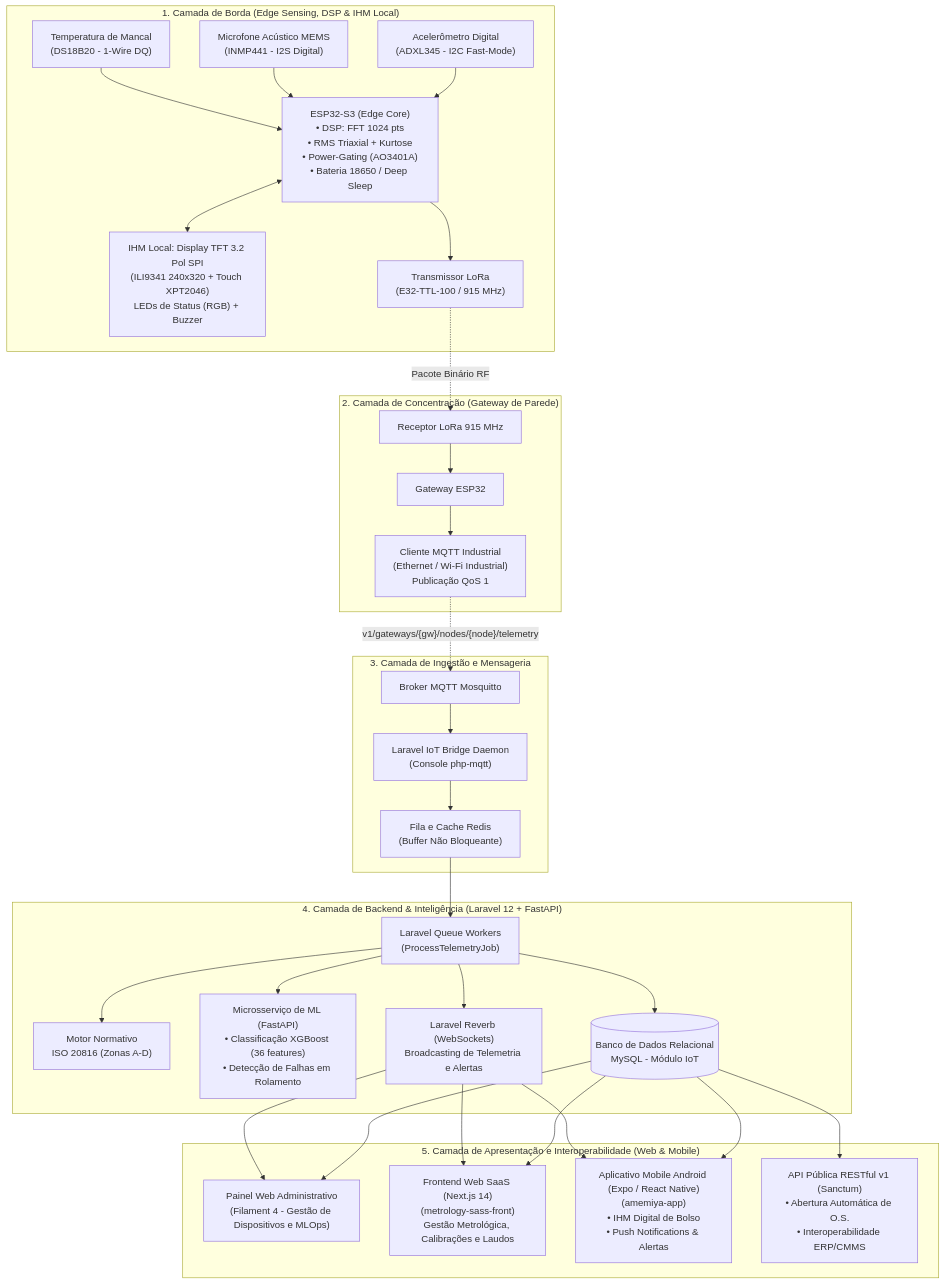
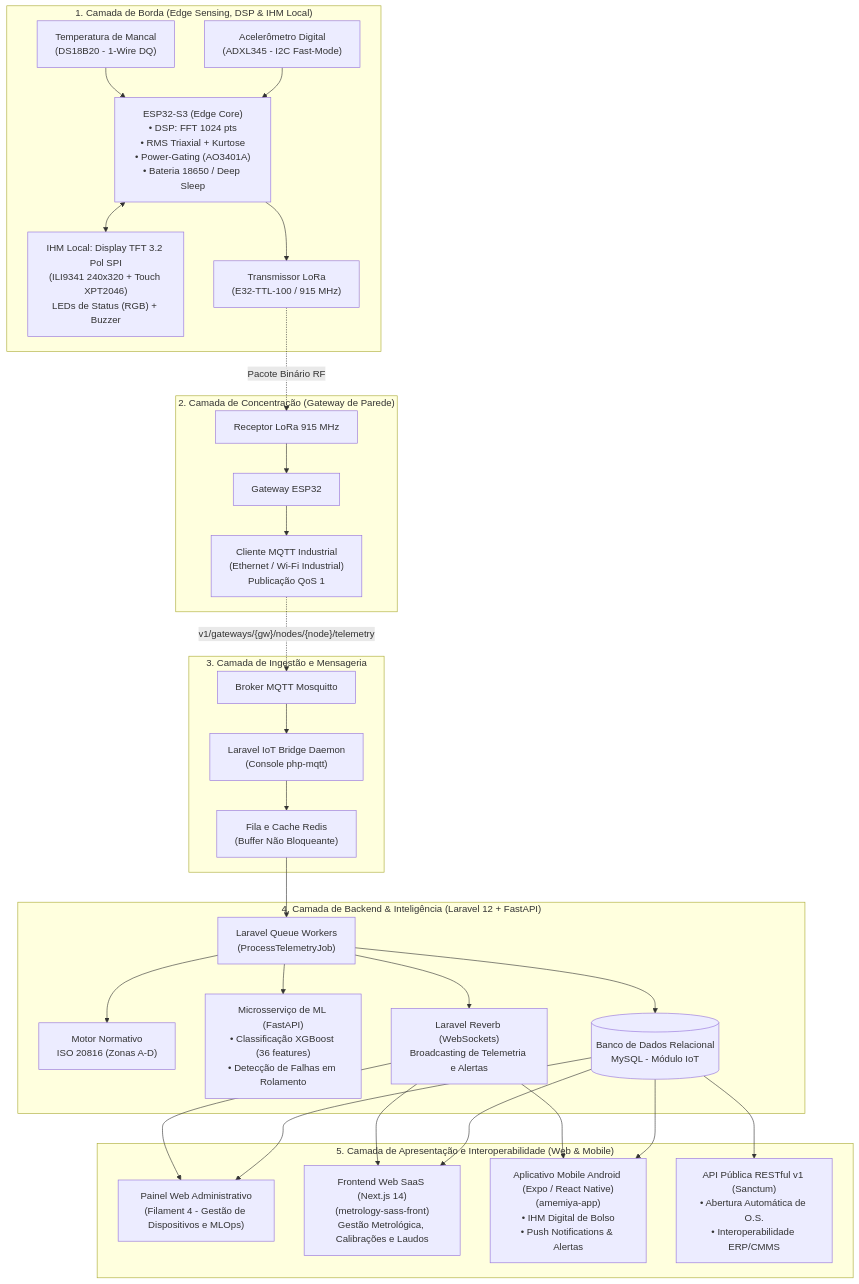
The first of 2 diagrams in docs/Arquitetura_Software_e_Banco_de_Dados_IoT.md (Andre-Macedo/amemiya), drawn with Mermaid before and after one commit. The commit also changed other lines of this file and 48 other files, not shown here.

Commit message:
docs(tcc): add ADRs 004-008, offline HTML renderer, V2 schematic alignment, and remove SCT-013/INMP441

````diff
--- a/docs/Arquitetura_Software_e_Banco_de_Dados_IoT.md
+++ b/docs/Arquitetura_Software_e_Banco_de_Dados_IoT.md
@@ -19,37 +19,36 @@
 ```mermaid
 flowchart TD
     subgraph EDGE["1. Camada de Borda (Edge Sensing, DSP & IHM Local)"]
         S_VIB["Acelerômetro Digital\n(ADXL345 - I2C Fast-Mode)"] --> ESP["ESP32-S3 (Edge Core)\n• DSP: FFT 1024 pts\n• RMS Triaxial + Kurtose\n• Power-Gating (AO3401A)\n• Bateria 18650 / Deep Sleep"]
-        S_MIC["Microfone Acústico MEMS\n(INMP441 - I2S Digital)"] --> ESP
         S_TMP["Temperatura de Mancal\n(DS18B20 - 1-Wire DQ)"] --> ESP
         ESP <--> TFT["IHM Local: Display TFT 3.2 Pol SPI\n(ILI9341 240x320 + Touch XPT2046)\nLEDs de Status (RGB) + Buzzer"]
         ESP --> LoRa_TX["Transmissor LoRa\n(E32-TTL-100 / 915 MHz)"]
     end
 
     subgraph GW["2. Camada de Concentração (Gateway de Parede)"]
         LoRa_TX -. "Pacote Binário RF" .-> LoRa_RX["Receptor LoRa 915 MHz"]
         LoRa_RX --> GW_MCU["Gateway ESP32"]
         GW_MCU --> MQTT_PUB["Cliente MQTT Industrial\n(Ethernet / Wi-Fi Industrial)\nPublicação QoS 1"]
     end
 
     subgraph INGESTION["3. Camada de Ingestão e Mensageria"]
         MQTT_PUB -. "v1/gateways/{gw}/nodes/{node}/telemetry" .-> BROKER["Broker MQTT Mosquitto"]
         BROKER --> BRIDGE["Laravel IoT Bridge Daemon\n(Console php-mqtt)"]
         BRIDGE --> REDIS_BUF["Fila e Cache Redis\n(Buffer Não Bloqueante)"]
     end
 
     subgraph CORE["4. Camada de Backend & Inteligência (Laravel 12 + FastAPI)"]
         REDIS_BUF --> WORKER["Laravel Queue Workers\n(ProcessTelemetryJob)"]
         WORKER --> ISO["Motor Normativo\nISO 20816 (Zonas A-D)"]
         WORKER --> ML_SRV["Microsserviço de ML (FastAPI)\n• Classificação XGBoost (36 features)\n• Detecção de Falhas em Rolamento"]
         WORKER --> DB[(Banco de Dados Relacional\nMySQL - Módulo IoT)]
         WORKER --> REVERB["Laravel Reverb (WebSockets)\nBroadcasting de Telemetria e Alertas"]
     end
 
     subgraph PRESENTATION["5. Camada de Apresentação e Interoperabilidade (Web & Mobile)"]
         DB & REVERB --> WEB["Painel Web Administrativo\n(Filament 4 - Gestão de Dispositivos e MLOps)"]
         DB & REVERB --> SASS["Frontend Web SaaS (Next.js 14)\n(metrology-sass-front)\nGestão Metrológica, Calibrações e Laudos"]
         DB & REVERB --> APP["Aplicativo Mobile Android (Expo / React Native)\n(amemiya-app)\n• IHM Digital de Bolso\n• Push Notifications & Alertas"]
         DB --> API_PUB["API Pública RESTful v1 (Sanctum)\n• Abertura Automática de O.S.\n• Interoperabilidade ERP/CMMS"]
     end
 ```
````
